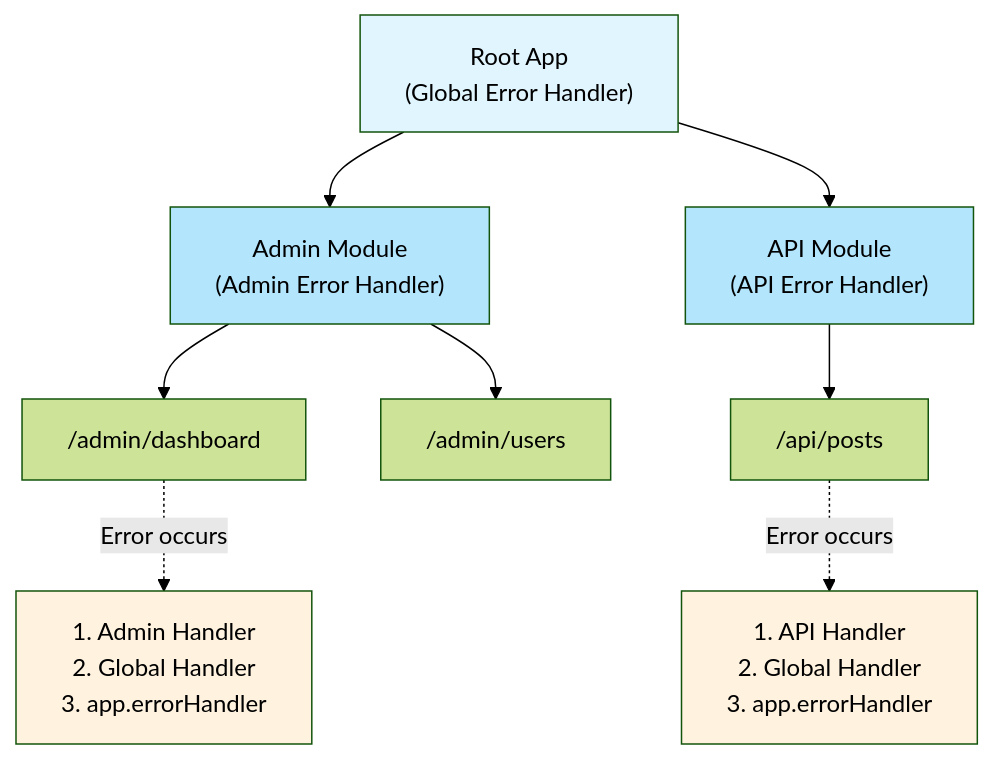
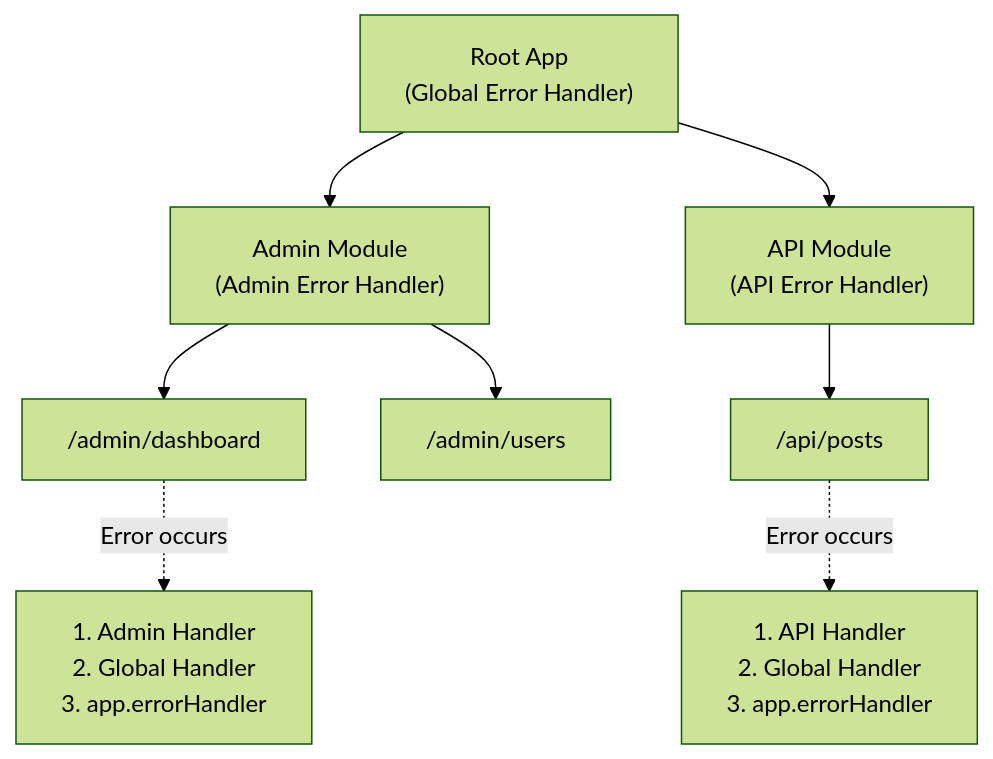
Before and after one commit to minima-js/minimajs: the diagram in docs/guides/diagrams/error-scope-hierarchy.md, drawn with Mermaid (forest theme). The commit also changed 19 other files, not shown here.

````diff
--- a/docs/guides/diagrams/error-scope-hierarchy.md
+++ b/docs/guides/diagrams/error-scope-hierarchy.md
@@ -1,19 +1,19 @@
 ```mermaid
 graph TB
     Root["Root App<br/>(Global Error Handler)"]
     Root --> Module1["Admin Module<br/>(Admin Error Handler)"]
     Root --> Module2["API Module<br/>(API Error Handler)"]
 
     Module1 --> Route1["/admin/dashboard"]
     Module1 --> Route2["/admin/users"]
     Module2 --> Route3["/api/posts"]
 
     Route1 -.->|Error occurs| Exec1["1. Admin Handler<br/>2. Global Handler<br/>3. app.errorHandler"]
     Route3 -.->|Error occurs| Exec2["1. API Handler<br/>2. Global Handler<br/>3. app.errorHandler"]
 
-    style Root fill:#e1f5fe
-    style Module1 fill:#b3e5fc
-    style Module2 fill:#b3e5fc
-    style Exec1 fill:#fff3e0
-    style Exec2 fill:#fff3e0
+    class Root accent
+    class Module1,Module2 info
+    class Route1,Route2,Route3 neutral
+    class Exec1,Exec2 warn
+
 ```
````
